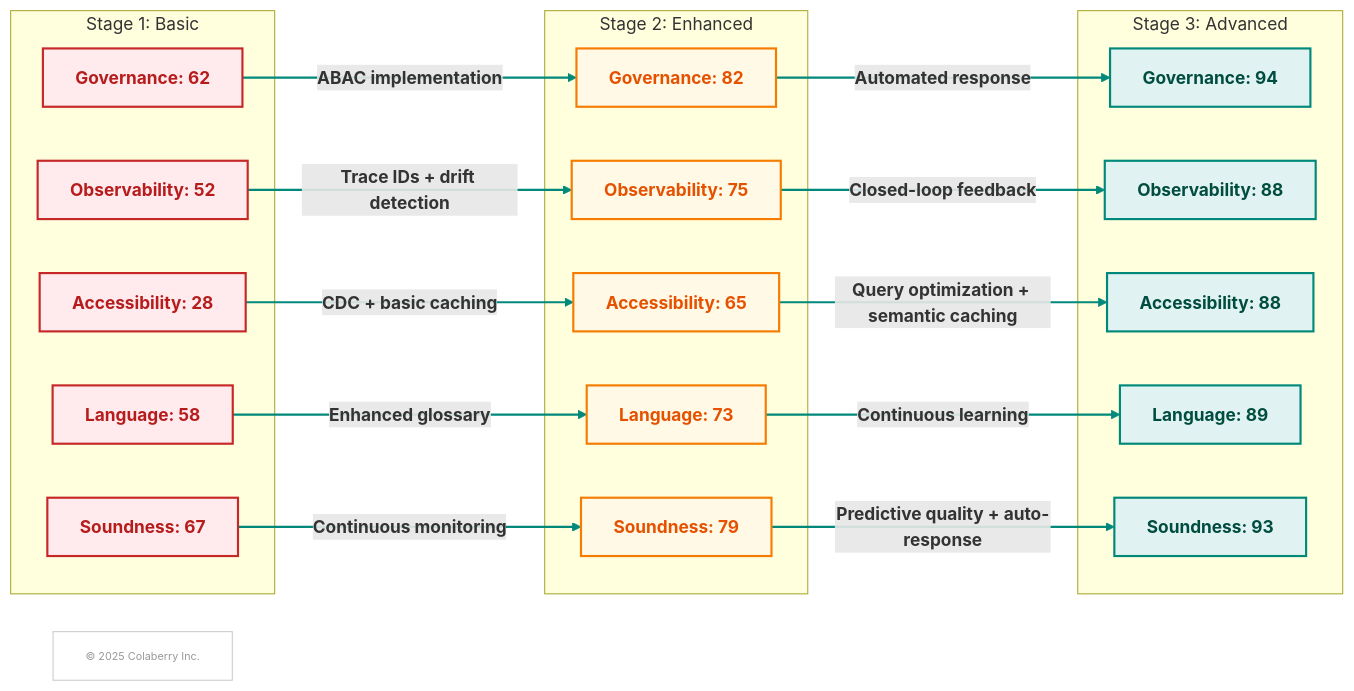
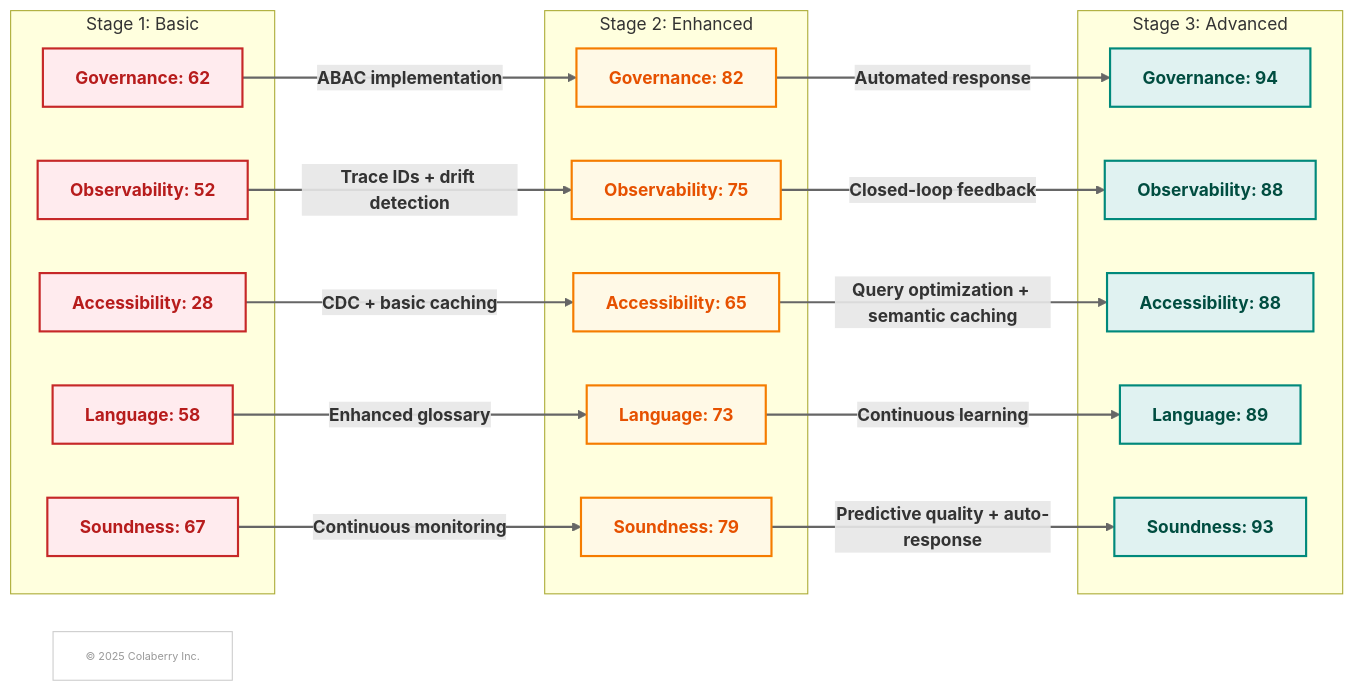
Before and after one commit to colaberry/enterprise-data-readiness-ai-agents: diagram 11 of 11 in chapter-02/chapter_2_complete.md, drawn with Mermaid. The commit also changed other lines of this file, not shown here.

````diff
--- a/chapter-02/chapter_2_complete.md
+++ b/chapter-02/chapter_2_complete.md
@@ -1767,63 +1779,73 @@
 ```mermaid
 graph LR
     subgraph "Stage 1: Basic"
         G1["<b>Governance: 62</b>"]
         O1["<b>Observability: 52</b>"]
         A1["<b>Accessibility: 28</b>"]
         L1["<b>Language: 58</b>"]
         S1["<b>Soundness: 67</b>"]
     end
+    
     subgraph "Stage 2: Enhanced"
         G2["<b>Governance: 82</b>"]
         O2["<b>Observability: 75</b>"]
         A2["<b>Accessibility: 65</b>"]
         L2["<b>Language: 73</b>"]
         S2["<b>Soundness: 79</b>"]
     end
+    
     subgraph "Stage 3: Advanced"
         G3["<b>Governance: 94</b>"]
         O3["<b>Observability: 88</b>"]
         A3["<b>Accessibility: 88</b>"]
         L3["<b>Language: 89</b>"]
         S3["<b>Soundness: 93</b>"]
     end
+    
     G1 -->|<b>ABAC implementation</b>| G2
     G2 -->|<b>Automated response</b>| G3
+    
     O1 -->|<b>Trace IDs + drift detection</b>| O2
     O2 -->|<b>Closed-loop feedback</b>| O3
+    
     A1 -->|<b>CDC + basic caching</b>| A2
     A2 -->|<b>Query optimization + semantic caching</b>| A3
+    
     L1 -->|<b>Enhanced glossary</b>| L2
     L2 -->|<b>Continuous learning</b>| L3
+    
     S1 -->|<b>Continuous monitoring</b>| S2
     S2 -->|<b>Predictive quality + auto-response</b>| S3
-    COPYRIGHT["© 2025 Colaberry Inc."]
-
+    
     style G1 fill:#ffebee,stroke:#c62828,stroke-width:2px,color:#b71c1c
     style O1 fill:#ffebee,stroke:#c62828,stroke-width:2px,color:#b71c1c
     style A1 fill:#ffebee,stroke:#c62828,stroke-width:2px,color:#b71c1c
     style L1 fill:#ffebee,stroke:#c62828,stroke-width:2px,color:#b71c1c
     style S1 fill:#ffebee,stroke:#c62828,stroke-width:2px,color:#b71c1c
+    
     style G2 fill:#fff9e6,stroke:#f57c00,stroke-width:2px,color:#e65100
     style O2 fill:#fff9e6,stroke:#f57c00,stroke-width:2px,color:#e65100
     style A2 fill:#fff9e6,stroke:#f57c00,stroke-width:2px,color:#e65100
     style L2 fill:#fff9e6,stroke:#f57c00,stroke-width:2px,color:#e65100
     style S2 fill:#fff9e6,stroke:#f57c00,stroke-width:2px,color:#e65100
+    
     style G3 fill:#e0f2f1,stroke:#00897b,stroke-width:2px,color:#004d40
     style O3 fill:#e0f2f1,stroke:#00897b,stroke-width:2px,color:#004d40
     style A3 fill:#e0f2f1,stroke:#00897b,stroke-width:2px,color:#004d40
     style L3 fill:#e0f2f1,stroke:#00897b,stroke-width:2px,color:#004d40
     style S3 fill:#e0f2f1,stroke:#00897b,stroke-width:2px,color:#004d40
+    
+    COPYRIGHT["© 2025 Colaberry Inc."]
     style COPYRIGHT fill:#ffffff,stroke:#cccccc,stroke-width:1px,color:#999999,font-size:10px
 
-    linkStyle 0 stroke:#00897b,stroke-width:2px
-    linkStyle 1 stroke:#00897b,stroke-width:2px
-    linkStyle 2 stroke:#00897b,stroke-width:2px
-    linkStyle 3 stroke:#00897b,stroke-width:2px
-    linkStyle 4 stroke:#00897b,stroke-width:2px
-    linkStyle 5 stroke:#00897b,stroke-width:2px
-    linkStyle 6 stroke:#00897b,stroke-width:2px
-    linkStyle 7 stroke:#00897b,stroke-width:2px
-    linkStyle 8 stroke:#00897b,stroke-width:2px
-    linkStyle 9 stroke:#00897b,stroke-width:2px
+    linkStyle 0 stroke:#666666,stroke-width:2px
+    linkStyle 1 stroke:#666666,stroke-width:2px
+    linkStyle 2 stroke:#666666,stroke-width:2px
+    linkStyle 3 stroke:#666666,stroke-width:2px
+    linkStyle 4 stroke:#666666,stroke-width:2px
+    linkStyle 5 stroke:#666666,stroke-width:2px
+    linkStyle 6 stroke:#666666,stroke-width:2px
+    linkStyle 7 stroke:#666666,stroke-width:2px
+    linkStyle 8 stroke:#666666,stroke-width:2px
+    linkStyle 9 stroke:#666666,stroke-width:2px
 ```
````
